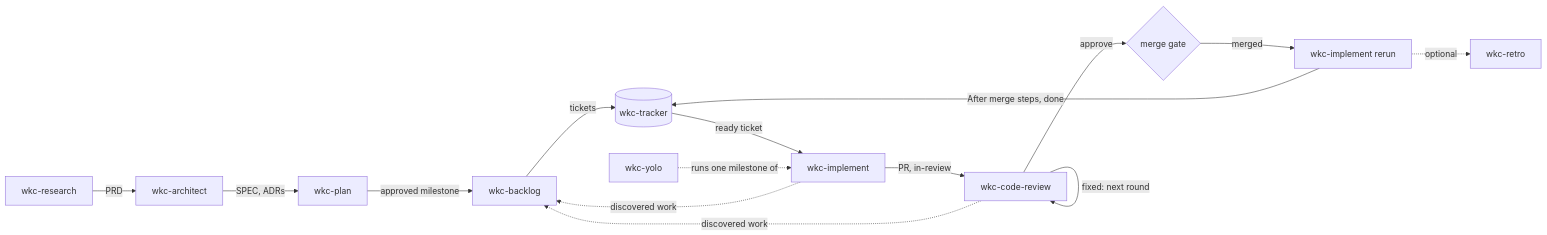
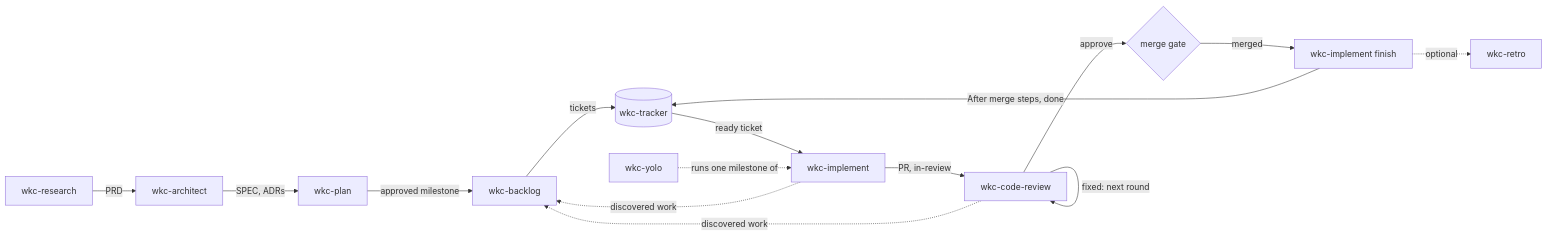
The diagram in docs/dev-agents/SPEC.md (wilsonkichoi/skills), drawn with Mermaid before and after one commit. The commit also changed other lines of this file, not shown here.

First line of the commit message:
docs: wkc-implement finishes only on an explicit finish call (#60)

````diff
--- a/docs/dev-agents/SPEC.md
+++ b/docs/dev-agents/SPEC.md
@@ -17,17 +17,17 @@
 ```mermaid
 graph LR
   R[wkc-research] -->|PRD| A[wkc-architect]
   A -->|SPEC, ADRs| P[wkc-plan]
   P -->|approved milestone| B[wkc-backlog]
   B -->|tickets| T[(wkc-tracker)]
   T -->|ready ticket| I[wkc-implement]
   I -->|PR, in-review| C[wkc-code-review]
   C -->|fixed: next round| C
   C -->|approve| M{merge gate}
-  M -->|merged| I2[wkc-implement rerun]
+  M -->|merged| I2[wkc-implement finish]
   I2 -->|After merge steps, done| T
   I -.->|discovered work| B
   C -.->|discovered work| B
   I2 -.->|optional| X[wkc-retro]
   Y[wkc-yolo] -.->|runs one milestone of| I
 ```
````
